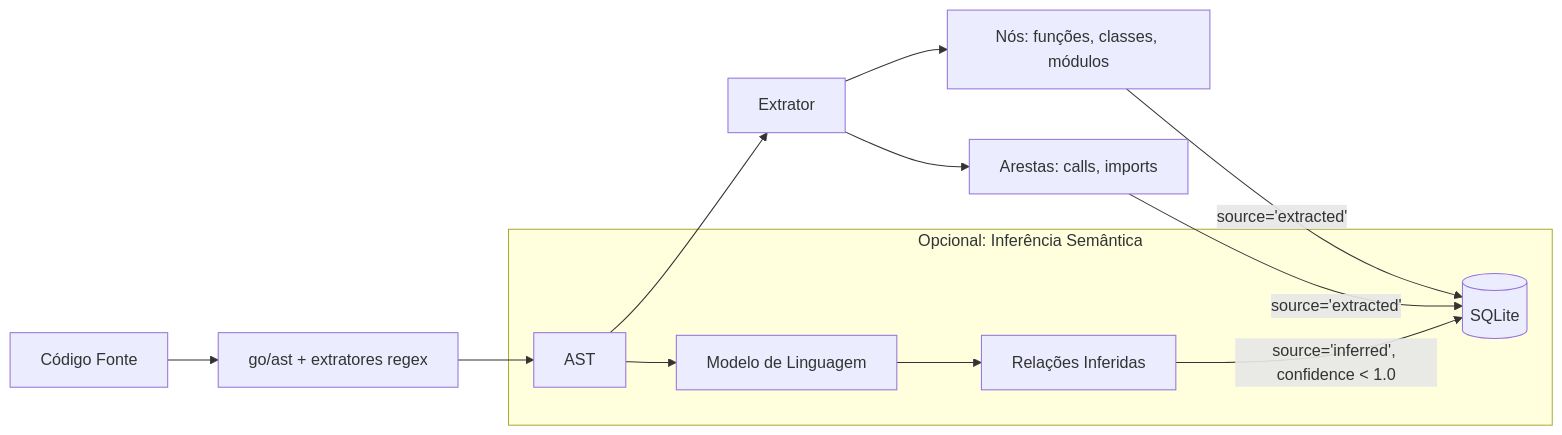
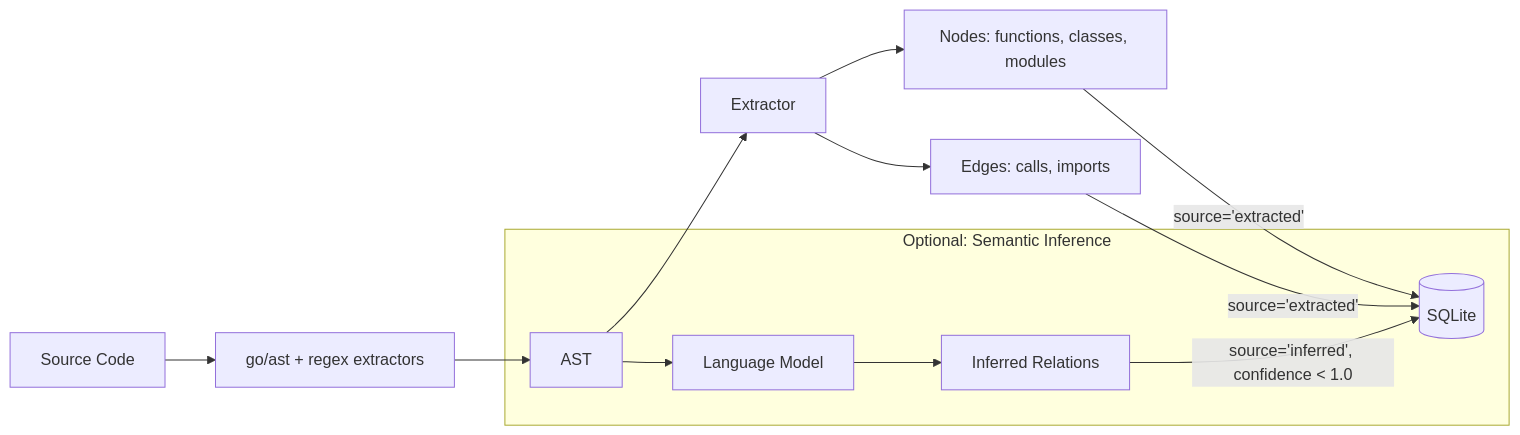
One commit to leonardo-moraes360/toolbelt changed the fifth of 17 diagrams in docs/arquitetura.md. Above: the diagram before and after it, drawn with Mermaid. The commit also changed other lines of this file and 9 other files, not shown here.

````diff
--- a/docs/arquitetura.md
+++ b/docs/arquitetura.md
@@ -301,17 +301,17 @@
 ```mermaid
 graph LR
-    CODE[Código Fonte] --> TS[go/ast + extratores regex]
+    CODE[Source Code] --> TS[go/ast + regex extractors]
     TS --> AST[AST]
-    AST --> EXT[Extrator]
-    EXT --> NODES[Nós: funções, classes, módulos]
-    EXT --> EDGES[Arestas: calls, imports]
+    AST --> EXT[Extractor]
+    EXT --> NODES[Nodes: functions, classes, modules]
+    EXT --> EDGES[Edges: calls, imports]
 
     NODES --> |source='extracted'| DB[(SQLite)]
     EDGES --> |source='extracted'| DB
 
-    subgraph "Opcional: Inferência Semântica"
-        AST --> LLM[Modelo de Linguagem]
-        LLM --> INF[Relações Inferidas]
+    subgraph "Optional: Semantic Inference"
+        AST --> LLM[Language Model]
+        LLM --> INF[Inferred Relations]
         INF --> |source='inferred', confidence < 1.0| DB
     end
 ```
````
